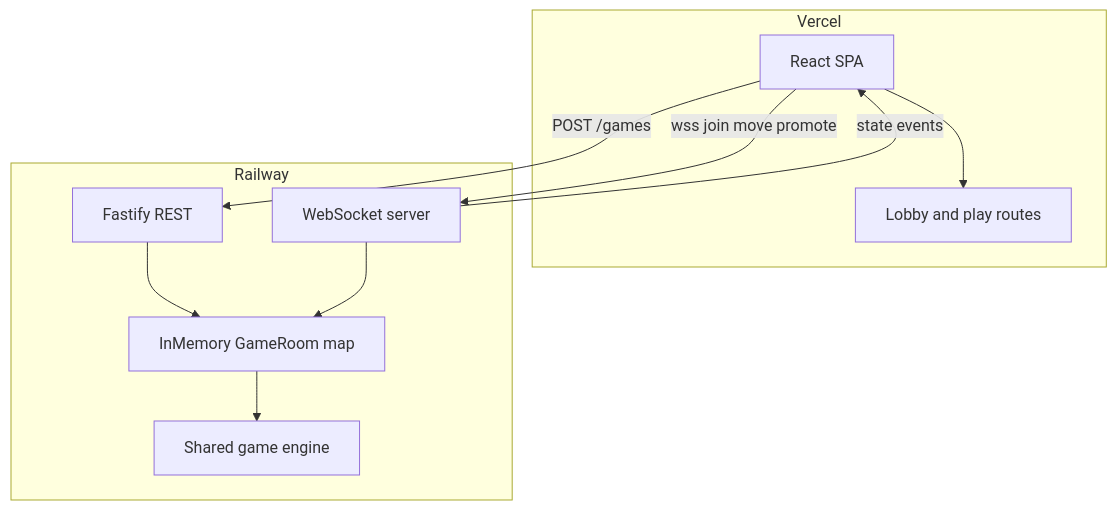
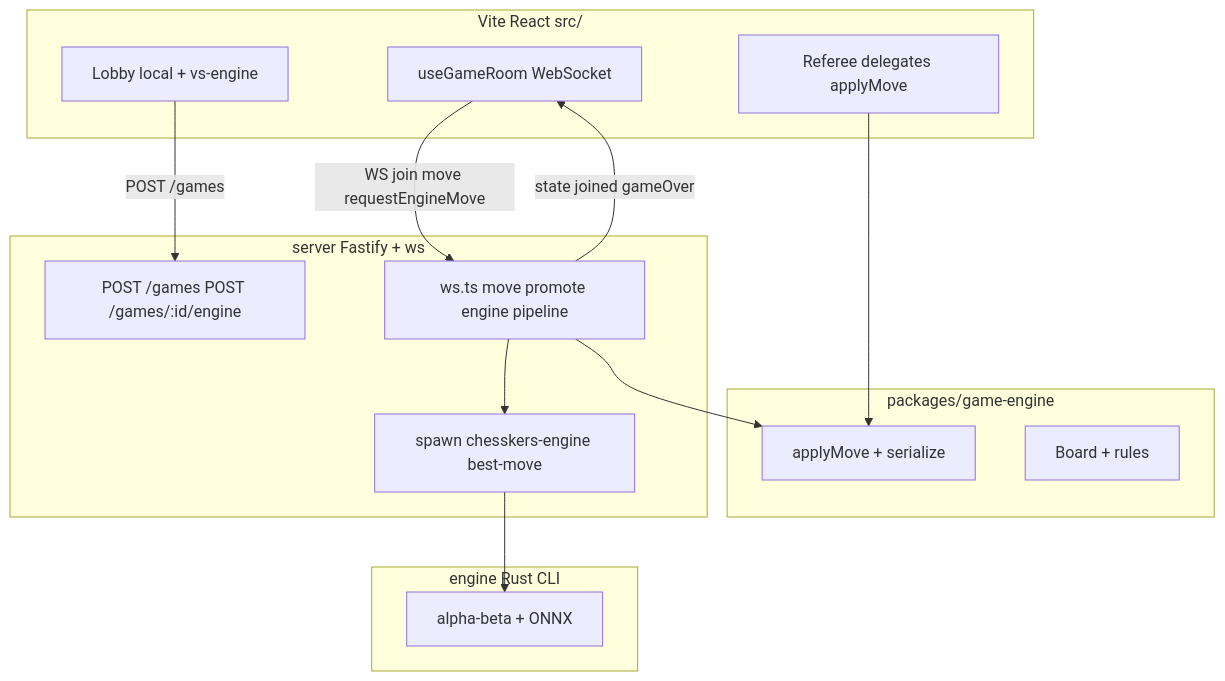
One commit to Zack-Sutter/Chesskers changed the first of 2 diagrams in docs/railway-vercel-migration.md. Above: the diagram before and after it, drawn with Mermaid. The commit also changed other lines of this file and 22 other files, not shown here.

Commit message:
Updated architecture doc, added 2 pieces for black.

````diff
--- a/docs/railway-vercel-migration.md
+++ b/docs/railway-vercel-migration.md
@@ -67,22 +31,31 @@
 ```mermaid
 flowchart TB
-  subgraph vercel [Vercel]
-    SPA[React SPA]
-    Lobby[Lobby and play routes]
-    SPA --> Lobby
+  subgraph vercel [Vite React src/]
+    Lobby[Lobby local + vs-engine]
+    Referee[Referee delegates applyMove]
+    useGameRoom[useGameRoom WebSocket]
   end
 
-  subgraph railway [Railway]
-    HTTP[Fastify REST]
-    WS[WebSocket server]
-    Rooms[InMemory GameRoom map]
-    Engine[Shared game engine]
-    HTTP --> Rooms
-    WS --> Rooms
-    Rooms --> Engine
+  subgraph gameEngine [packages/game-engine]
+    ApplyMove[applyMove + serialize]
+    Board[Board + rules]
   end
 
-  SPA -->|POST /games| HTTP
-  SPA -->|wss join move promote| WS
-  WS -->|state events| SPA
+  subgraph railway [server Fastify + ws]
+    Routes[POST /games POST /games/:id/engine]
+    WS[ws.ts move promote engine pipeline]
+    Spawn[spawn chesskers-engine best-move]
+  end
+
+  subgraph rust [engine Rust CLI]
+    Search[alpha-beta + ONNX]
+  end
+
+  Lobby -->|POST /games| Routes
+  useGameRoom -->|WS join move requestEngineMove| WS
+  Referee --> ApplyMove
+  WS --> ApplyMove
+  WS --> Spawn
+  Spawn --> Search
+  WS -->|state joined gameOver| useGameRoom
 ```
````
